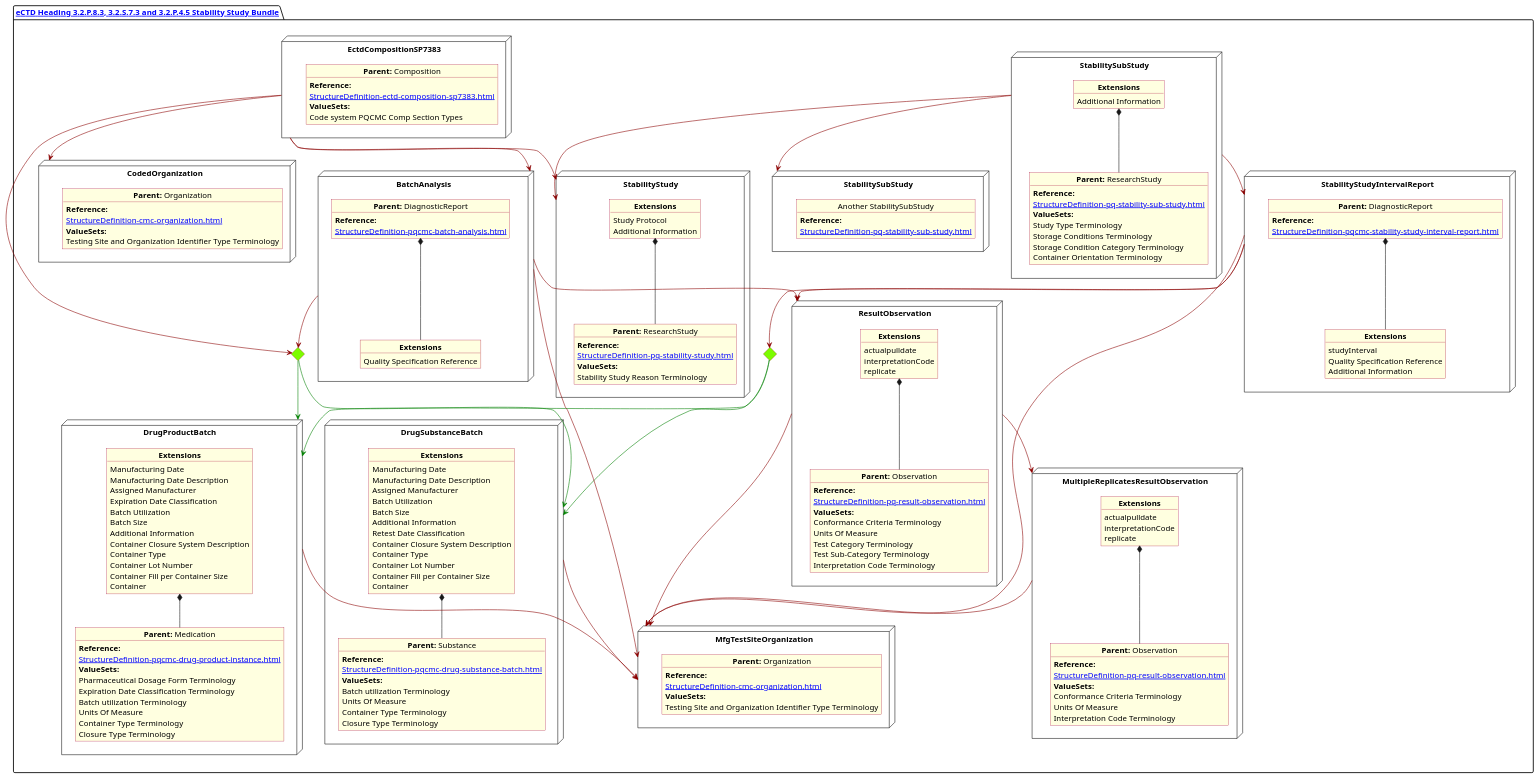
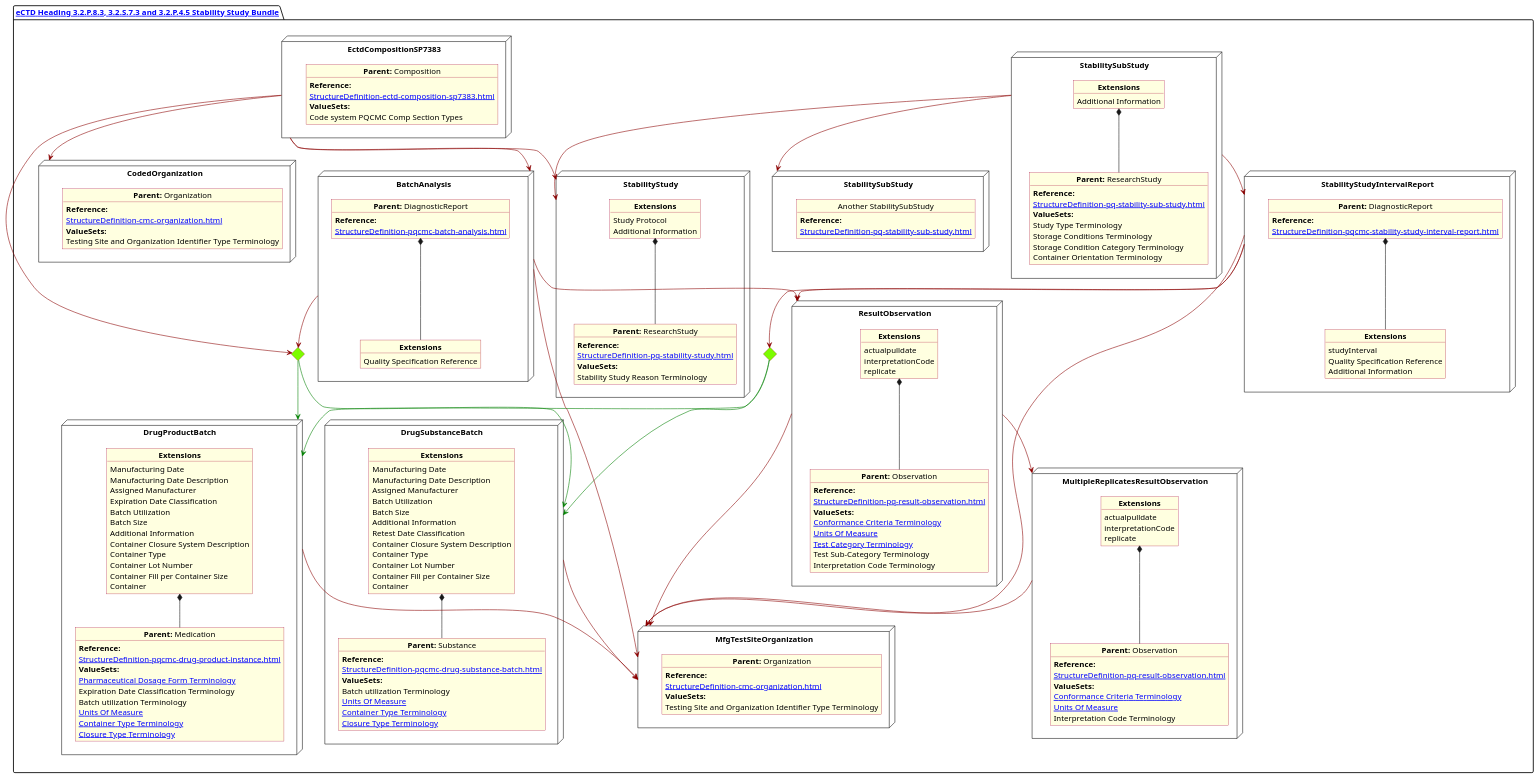
Before and after one commit to HL7/FHIR-us-pq-cmc-fda: the diagram in input/images-source/Stability.plantuml, drawn with PlantUML. The commit also changed 27 other files, not shown here.

Commit message:
PlantUml updates Misc commnet updates

```diff
--- a/input/images-source/Stability.plantuml
+++ b/input/images-source/Stability.plantuml
@@ -17,12 +17,12 @@
                      **Reference:**
                      [[StructureDefinition-pqcmc-drug-product-instance.html]]
                      **ValueSets:**
-                     Pharmaceutical Dosage Form Terminology
+                     [[ValueSet-spl-pharmaceutical-dosage-form-terminology.html Pharmaceutical Dosage Form Terminology]]
                      Expiration Date Classification Terminology
                      Batch utilization Terminology
-                     Units Of Measure
-                     Container Type Terminology
-                     Closure Type Terminology
+                     [[ValueSet-pqcmc-units-of-measure.html Units Of Measure]]
+                     [[ValueSet-pqcmc-container-type-terminology.html Container Type Terminology]]
+                     [[ValueSet-pqcmc-closure-type-terminology.html Closure Type Terminology]]
               }
 
               object "**Extensions**" as objExsBatch  {
@@ -52,9 +52,9 @@
                      [[StructureDefinition-pqcmc-drug-substance-batch.html]]
                      **ValueSets:**
                      Batch utilization Terminology
-                     Units Of Measure
-                     Container Type Terminology
-                     Closure Type Terminology
+                     [[ValueSet-pqcmc-units-of-measure.html Units Of Measure]]
+                     [[ValueSet-pqcmc-container-type-terminology.html Container Type Terminology]]
+                     [[ValueSet-pqcmc-closure-type-terminology.html Closure Type Terminology]]
               }
               object "**Extensions**" as objExs2 {
                      Manufacturing Date
@@ -159,9 +159,9 @@
                      **Reference:**
                      [[StructureDefinition-pq-result-observation.html]]
                      **ValueSets:**
-                     Conformance Criteria Terminology
-                     Units Of Measure
-                     Test Category Terminology
+                     [[ValueSet-pqcmc-conformance-to-criteria-terminology.html Conformance Criteria Terminology]]
+                     [[ValueSet-pqcmc-units-of-measure.html Units Of Measure]]
+                     [[ValueSet-pqcmc-test-category-terminology.html Test Category Terminology]]
                      Test Sub-Category Terminology
                      Interpretation Code Terminology
               }
@@ -179,8 +179,8 @@
                      **Reference:**
                      [[StructureDefinition-pq-result-observation.html]]
                      **ValueSets:**
-                     Conformance Criteria Terminology
-                     Units Of Measure
+                     [[ValueSet-pqcmc-conformance-to-criteria-terminology.html Conformance Criteria Terminology]]
+                     [[ValueSet-pqcmc-units-of-measure.html Units Of Measure]]
                      Interpretation Code Terminology
               }
               object "**Extensions**" as objExsStageObs  {
```
